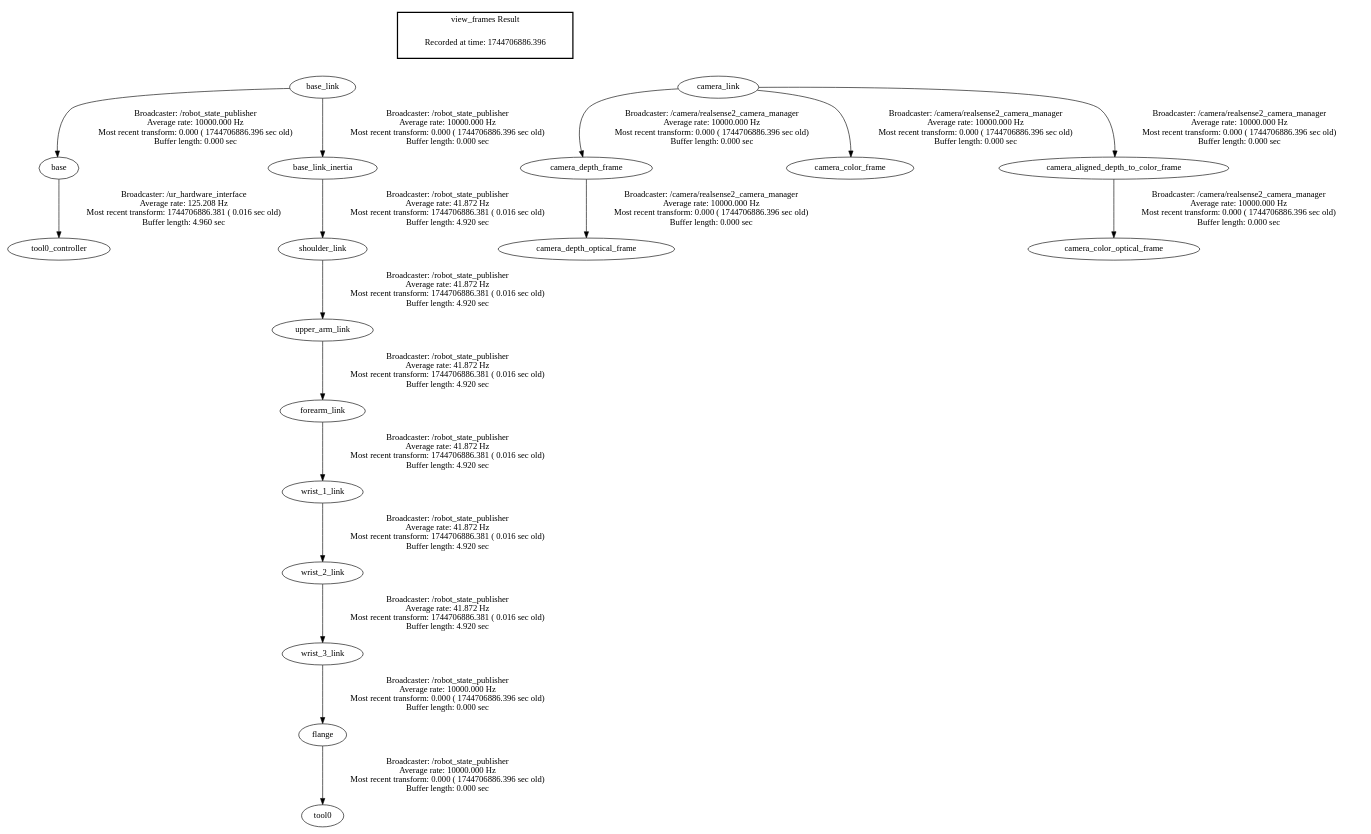
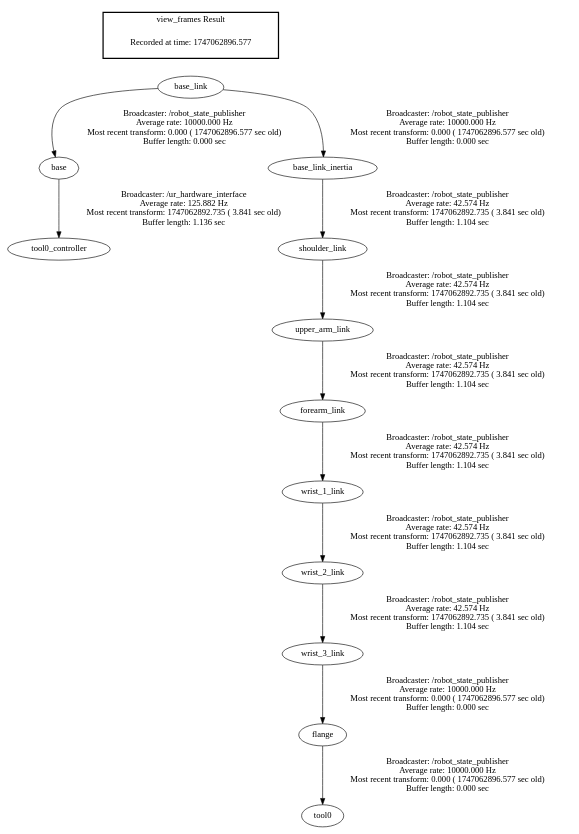
Before and after one commit to vsimundic/rvl-linux: the diagram in ferit_ur5_ws/frames.gv, drawn with Graphviz. The commit also changed 81 other files, not shown here.

```diff
--- a/ferit_ur5_ws/frames.gv
+++ b/ferit_ur5_ws/frames.gv
@@ -1,26 +1,17 @@
 digraph G {
-"base" -> "tool0_controller"[label="Broadcaster: /ur_hardware_interface\nAverage rate: 125.208 Hz\nMost recent transform: 1744706886.381 ( 0.016 sec old)\nBuffer length: 4.960 sec\n"];
-"base_link" -> "base"[label="Broadcaster: /robot_state_publisher\nAverage rate: 10000.000 Hz\nMost recent transform: 0.000 ( 1744706886.396 sec old)\nBuffer length: 0.000 sec\n"];
-"camera_link" -> "camera_depth_frame"[label="Broadcaster: /camera/realsense2_camera_manager\nAverage rate: 10000.000 Hz\nMost recent transform: 0.000 ( 1744706886.396 sec old)\nBuffer length: 0.000 sec\n"];
-"camera_depth_frame" -> "camera_depth_optical_frame"[label="Broadcaster: /camera/realsense2_camera_manager\nAverage rate: 10000.000 Hz\nMost recent transform: 0.000 ( 1744706886.396 sec old)\nBuffer length: 0.000 sec\n"];
-"camera_link" -> "camera_color_frame"[label="Broadcaster: /camera/realsense2_camera_manager\nAverage rate: 10000.000 Hz\nMost recent transform: 0.000 ( 1744706886.396 sec old)\nBuffer length: 0.000 sec\n"];
-"camera_aligned_depth_to_color_frame" -> "camera_color_optical_frame"[label="Broadcaster: /camera/realsense2_camera_manager\nAverage rate: 10000.000 Hz\nMost recent transform: 0.000 ( 1744706886.396 sec old)\nBuffer length: 0.000 sec\n"];
-"camera_link" -> "camera_aligned_depth_to_color_frame"[label="Broadcaster: /camera/realsense2_camera_manager\nAverage rate: 10000.000 Hz\nMost recent transform: 0.000 ( 1744706886.396 sec old)\nBuffer length: 0.000 sec\n"];
-"base_link" -> "base_link_inertia"[label="Broadcaster: /robot_state_publisher\nAverage rate: 10000.000 Hz\nMost recent transform: 0.000 ( 1744706886.396 sec old)\nBuffer length: 0.000 sec\n"];
-"flange" -> "tool0"[label="Broadcaster: /robot_state_publisher\nAverage rate: 10000.000 Hz\nMost recent transform: 0.000 ( 1744706886.396 sec old)\nBuffer length: 0.000 sec\n"];
-"wrist_3_link" -> "flange"[label="Broadcaster: /robot_state_publisher\nAverage rate: 10000.000 Hz\nMost recent transform: 0.000 ( 1744706886.396 sec old)\nBuffer length: 0.000 sec\n"];
-"wrist_2_link" -> "wrist_3_link"[label="Broadcaster: /robot_state_publisher\nAverage rate: 41.872 Hz\nMost recent transform: 1744706886.381 ( 0.016 sec old)\nBuffer length: 4.920 sec\n"];
-"upper_arm_link" -> "forearm_link"[label="Broadcaster: /robot_state_publisher\nAverage rate: 41.872 Hz\nMost recent transform: 1744706886.381 ( 0.016 sec old)\nBuffer length: 4.920 sec\n"];
-"shoulder_link" -> "upper_arm_link"[label="Broadcaster: /robot_state_publisher\nAverage rate: 41.872 Hz\nMost recent transform: 1744706886.381 ( 0.016 sec old)\nBuffer length: 4.920 sec\n"];
-"base_link_inertia" -> "shoulder_link"[label="Broadcaster: /robot_state_publisher\nAverage rate: 41.872 Hz\nMost recent transform: 1744706886.381 ( 0.016 sec old)\nBuffer length: 4.920 sec\n"];
-"forearm_link" -> "wrist_1_link"[label="Broadcaster: /robot_state_publisher\nAverage rate: 41.872 Hz\nMost recent transform: 1744706886.381 ( 0.016 sec old)\nBuffer length: 4.920 sec\n"];
-"wrist_1_link" -> "wrist_2_link"[label="Broadcaster: /robot_state_publisher\nAverage rate: 41.872 Hz\nMost recent transform: 1744706886.381 ( 0.016 sec old)\nBuffer length: 4.920 sec\n"];
+"base" -> "tool0_controller"[label="Broadcaster: /ur_hardware_interface\nAverage rate: 125.882 Hz\nMost recent transform: 1747062892.735 ( 3.841 sec old)\nBuffer length: 1.136 sec\n"];
+"base_link" -> "base"[label="Broadcaster: /robot_state_publisher\nAverage rate: 10000.000 Hz\nMost recent transform: 0.000 ( 1747062896.577 sec old)\nBuffer length: 0.000 sec\n"];
+"base_link" -> "base_link_inertia"[label="Broadcaster: /robot_state_publisher\nAverage rate: 10000.000 Hz\nMost recent transform: 0.000 ( 1747062896.577 sec old)\nBuffer length: 0.000 sec\n"];
+"flange" -> "tool0"[label="Broadcaster: /robot_state_publisher\nAverage rate: 10000.000 Hz\nMost recent transform: 0.000 ( 1747062896.577 sec old)\nBuffer length: 0.000 sec\n"];
+"wrist_3_link" -> "flange"[label="Broadcaster: /robot_state_publisher\nAverage rate: 10000.000 Hz\nMost recent transform: 0.000 ( 1747062896.577 sec old)\nBuffer length: 0.000 sec\n"];
+"wrist_2_link" -> "wrist_3_link"[label="Broadcaster: /robot_state_publisher\nAverage rate: 42.574 Hz\nMost recent transform: 1747062892.735 ( 3.841 sec old)\nBuffer length: 1.104 sec\n"];
+"upper_arm_link" -> "forearm_link"[label="Broadcaster: /robot_state_publisher\nAverage rate: 42.574 Hz\nMost recent transform: 1747062892.735 ( 3.841 sec old)\nBuffer length: 1.104 sec\n"];
+"shoulder_link" -> "upper_arm_link"[label="Broadcaster: /robot_state_publisher\nAverage rate: 42.574 Hz\nMost recent transform: 1747062892.735 ( 3.841 sec old)\nBuffer length: 1.104 sec\n"];
+"base_link_inertia" -> "shoulder_link"[label="Broadcaster: /robot_state_publisher\nAverage rate: 42.574 Hz\nMost recent transform: 1747062892.735 ( 3.841 sec old)\nBuffer length: 1.104 sec\n"];
+"forearm_link" -> "wrist_1_link"[label="Broadcaster: /robot_state_publisher\nAverage rate: 42.574 Hz\nMost recent transform: 1747062892.735 ( 3.841 sec old)\nBuffer length: 1.104 sec\n"];
+"wrist_1_link" -> "wrist_2_link"[label="Broadcaster: /robot_state_publisher\nAverage rate: 42.574 Hz\nMost recent transform: 1747062892.735 ( 3.841 sec old)\nBuffer length: 1.104 sec\n"];
 edge [style=invis];
  subgraph cluster_legend { style=bold; color=black; label ="view_frames Result";
-"Recorded at time: 1744706886.396"[ shape=plaintext ] ;
- }->"camera_link";
-edge [style=invis];
- subgraph cluster_legend { style=bold; color=black; label ="view_frames Result";
-"Recorded at time: 1744706886.396"[ shape=plaintext ] ;
+"Recorded at time: 1747062896.577"[ shape=plaintext ] ;
  }->"base_link";
 }
```
